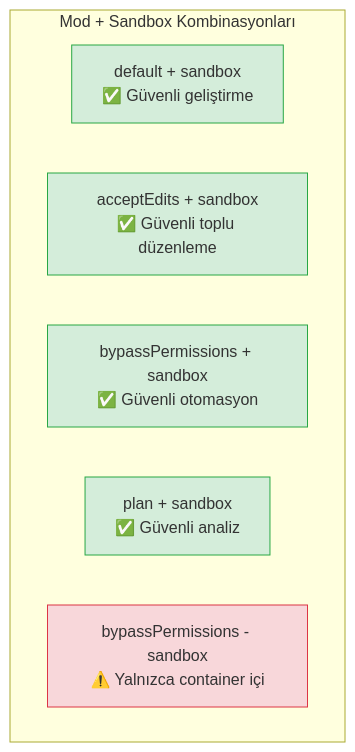
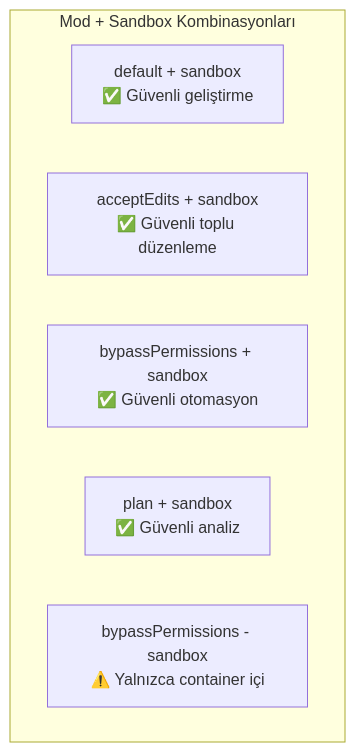
Before and after one commit to IzzetYasinAtes/ClaudeCodeHandbook: the fifth of 5 diagrams in 10-izinler-ve-guvenlik/04-sandboxing.md, drawn with Mermaid. The commit also changed other lines of this file and 97 other files, not shown here.

Commit message:
Remove all custom Mermaid style/fill colors from 98 markdown files for consistent dark theme rendering

````diff
--- a/10-izinler-ve-guvenlik/04-sandboxing.md
+++ b/10-izinler-ve-guvenlik/04-sandboxing.md
@@ -252,16 +245,11 @@
 ```mermaid
 flowchart TD
     subgraph combinations ["Mod + Sandbox Kombinasyonları"]
         C1["default + sandbox<br/>✅ Güvenli geliştirme"]
         C2["acceptEdits + sandbox<br/>✅ Güvenli toplu düzenleme"]
         C3["bypassPermissions + sandbox<br/>✅ Güvenli otomasyon"]
         C4["plan + sandbox<br/>✅ Güvenli analiz"]
         C5["bypassPermissions - sandbox<br/>⚠️ Yalnızca container içi"]
     end
 
-    style C1 fill:#d4edda,stroke:#28a745
-    style C2 fill:#d4edda,stroke:#28a745
-    style C3 fill:#d4edda,stroke:#28a745
-    style C4 fill:#d4edda,stroke:#28a745
-    style C5 fill:#f8d7da,stroke:#dc3545
 ```
````
